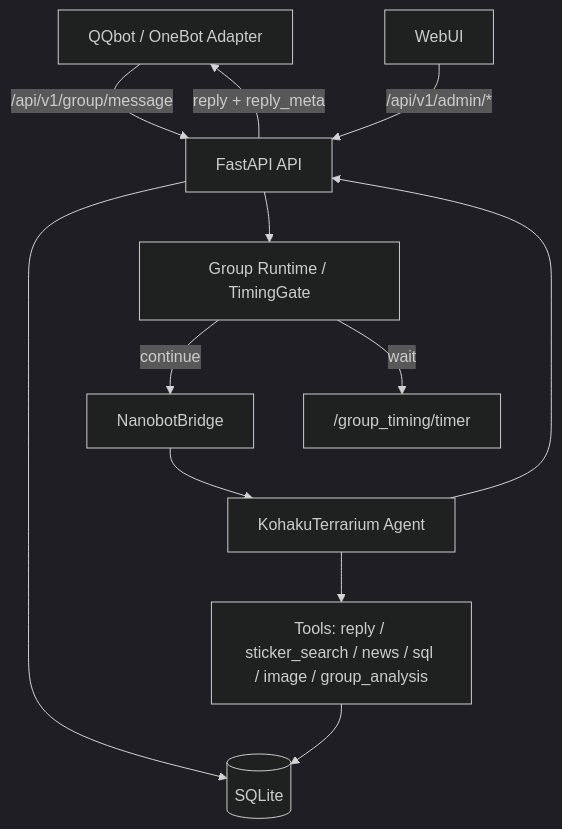
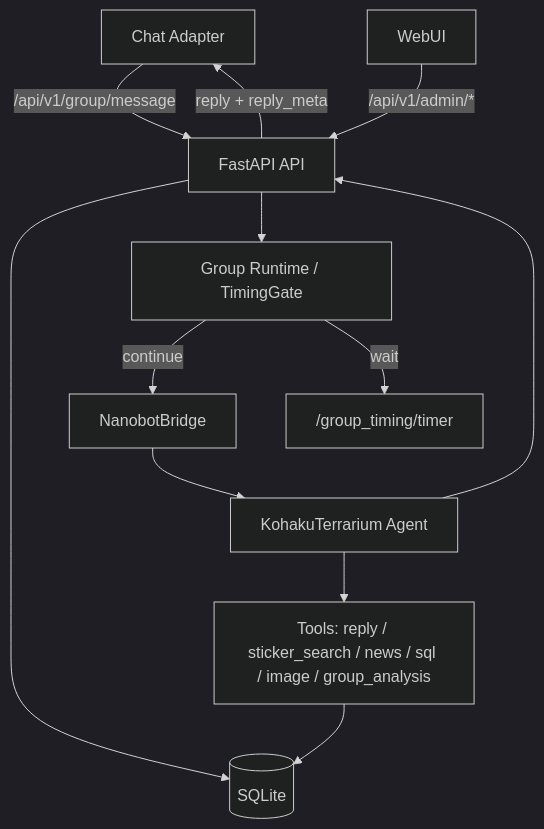
Before and after one commit to dascard/nanobot: the diagram in README.md, drawn with Mermaid (dark theme). The commit also changed other lines of this file, not shown here.

Commit message:
docs: README 移除 QQ 相关字样

````diff
--- a/README.md
+++ b/README.md
@@ -19,14 +17,14 @@
 ```mermaid
 graph TD
-    QQ[QQbot / OneBot Adapter] -->|/api/v1/group/message| API[FastAPI API]
+    Chat[Chat Adapter] -->|/api/v1/group/message| API[FastAPI API]
     WEB[WebUI] -->|/api/v1/admin/*| API
     API --> DB[(SQLite)]
     API --> RT[Group Runtime / TimingGate]
     RT -->|continue| Bridge[NanobotBridge]
     RT -->|wait| Timer["/group_timing/timer"]
     Bridge --> KT[KohakuTerrarium Agent]
     KT --> Tools[Tools: reply / sticker_search / news / sql / image / group_analysis]
     Tools --> DB
     KT --> API
-    API -->|reply + reply_meta| QQ
+    API -->|reply + reply_meta| Chat
 ```
````
